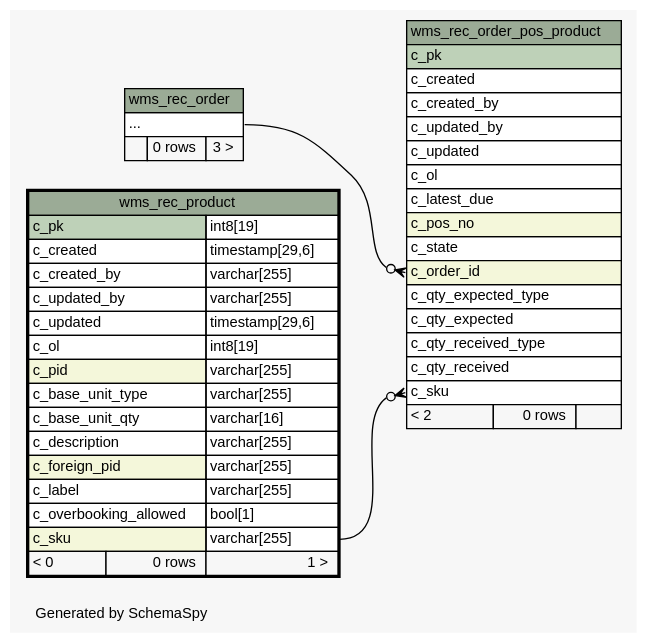
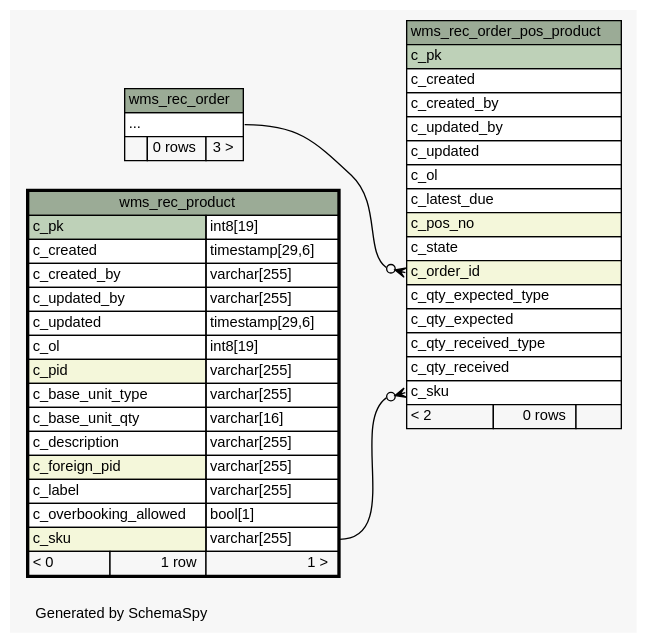
The diagram in 1.0.0-SNAPSHOT/schemaspy/diagrams/wms_rec_product.2degrees.dot (openwms/org.openwms.wms.receiving), drawn with Graphviz before and after one commit. The commit also changed 631 other files, not shown here.

```diff
--- a/1.0.0-SNAPSHOT/schemaspy/diagrams/wms_rec_product.2degrees.dot
+++ b/1.0.0-SNAPSHOT/schemaspy/diagrams/wms_rec_product.2degrees.dot
@@ -1,81 +1,81 @@
-// dot 2.43.0 on Linux 5.15.0-1042-azure
+// dot 7.1.0 on Mac OS X 14.1.1
 // SchemaSpy rev Unknown
 digraph "twoDegreesRelationshipsDiagram" {
   graph [
     rankdir="RL"
     bgcolor="#f7f7f7"
     label="\nGenerated by SchemaSpy"
     labeljust="l"
     nodesep="0.18"
     ranksep="0.46"
     fontname="Helvetica"
     fontsize="11"
   ];
   node [
     fontname="Helvetica"
     fontsize="11"
     shape="plaintext"
   ];
   edge [
     arrowsize="0.8"
   ];
   "wms_rec_order_pos_product":"c_order_id":w -> "wms_rec_order":"elipses":e [arrowhead=none dir=back arrowtail=crowodot];
   "wms_rec_order_pos_product":"c_sku":w -> "wms_rec_product":"c_sku.type":e [arrowhead=none dir=back arrowtail=crowodot];
   "wms_rec_order" [
     label=<
     <TABLE BORDER="0" CELLBORDER="1" CELLSPACING="0" BGCOLOR="#ffffff">
       <TR><TD COLSPAN="3" BGCOLOR="#9bab96" ALIGN="CENTER">wms_rec_order</TD></TR>
       <TR><TD PORT="elipses" COLSPAN="3" ALIGN="LEFT">...</TD></TR>
       <TR><TD ALIGN="LEFT" BGCOLOR="#f7f7f7">  </TD><TD ALIGN="RIGHT" BGCOLOR="#f7f7f7">0 rows</TD><TD ALIGN="RIGHT" BGCOLOR="#f7f7f7">3 &gt;</TD></TR>
     </TABLE>>
     URL="wms_rec_order.html"
     tooltip="wms_rec_order"
   ];
   "wms_rec_order_pos_product" [
     label=<
     <TABLE BORDER="0" CELLBORDER="1" CELLSPACING="0" BGCOLOR="#ffffff">
       <TR><TD COLSPAN="3" BGCOLOR="#9bab96" ALIGN="CENTER">wms_rec_order_pos_product</TD></TR>
       <TR><TD PORT="c_pk" COLSPAN="3" BGCOLOR="#bed1b8" ALIGN="LEFT">c_pk</TD></TR>
       <TR><TD PORT="c_created" COLSPAN="3" ALIGN="LEFT">c_created</TD></TR>
       <TR><TD PORT="c_created_by" COLSPAN="3" ALIGN="LEFT">c_created_by</TD></TR>
       <TR><TD PORT="c_updated_by" COLSPAN="3" ALIGN="LEFT">c_updated_by</TD></TR>
       <TR><TD PORT="c_updated" COLSPAN="3" ALIGN="LEFT">c_updated</TD></TR>
       <TR><TD PORT="c_ol" COLSPAN="3" ALIGN="LEFT">c_ol</TD></TR>
       <TR><TD PORT="c_latest_due" COLSPAN="3" ALIGN="LEFT">c_latest_due</TD></TR>
       <TR><TD PORT="c_pos_no" COLSPAN="3" BGCOLOR="#f4f7da" ALIGN="LEFT">c_pos_no</TD></TR>
       <TR><TD PORT="c_state" COLSPAN="3" ALIGN="LEFT">c_state</TD></TR>
       <TR><TD PORT="c_order_id" COLSPAN="3" BGCOLOR="#f4f7da" ALIGN="LEFT">c_order_id</TD></TR>
       <TR><TD PORT="c_qty_expected_type" COLSPAN="3" ALIGN="LEFT">c_qty_expected_type</TD></TR>
       <TR><TD PORT="c_qty_expected" COLSPAN="3" ALIGN="LEFT">c_qty_expected</TD></TR>
       <TR><TD PORT="c_qty_received_type" COLSPAN="3" ALIGN="LEFT">c_qty_received_type</TD></TR>
       <TR><TD PORT="c_qty_received" COLSPAN="3" ALIGN="LEFT">c_qty_received</TD></TR>
       <TR><TD PORT="c_sku" COLSPAN="3" ALIGN="LEFT">c_sku</TD></TR>
       <TR><TD ALIGN="LEFT" BGCOLOR="#f7f7f7">&lt; 2</TD><TD ALIGN="RIGHT" BGCOLOR="#f7f7f7">0 rows</TD><TD ALIGN="RIGHT" BGCOLOR="#f7f7f7">  </TD></TR>
     </TABLE>>
     URL="wms_rec_order_pos_product.html"
     tooltip="wms_rec_order_pos_product"
   ];
   "wms_rec_product" [
     label=<
     <TABLE BORDER="2" CELLBORDER="1" CELLSPACING="0" BGCOLOR="#ffffff">
       <TR><TD COLSPAN="3" BGCOLOR="#9bab96" ALIGN="CENTER">wms_rec_product</TD></TR>
       <TR><TD PORT="c_pk" COLSPAN="2" BGCOLOR="#bed1b8" ALIGN="LEFT">c_pk</TD><TD PORT="c_pk.type" ALIGN="LEFT">int8[19]</TD></TR>
       <TR><TD PORT="c_created" COLSPAN="2" ALIGN="LEFT">c_created</TD><TD PORT="c_created.type" ALIGN="LEFT">timestamp[29,6]</TD></TR>
       <TR><TD PORT="c_created_by" COLSPAN="2" ALIGN="LEFT">c_created_by</TD><TD PORT="c_created_by.type" ALIGN="LEFT">varchar[255]</TD></TR>
       <TR><TD PORT="c_updated_by" COLSPAN="2" ALIGN="LEFT">c_updated_by</TD><TD PORT="c_updated_by.type" ALIGN="LEFT">varchar[255]</TD></TR>
       <TR><TD PORT="c_updated" COLSPAN="2" ALIGN="LEFT">c_updated</TD><TD PORT="c_updated.type" ALIGN="LEFT">timestamp[29,6]</TD></TR>
       <TR><TD PORT="c_ol" COLSPAN="2" ALIGN="LEFT">c_ol</TD><TD PORT="c_ol.type" ALIGN="LEFT">int8[19]</TD></TR>
       <TR><TD PORT="c_pid" COLSPAN="2" BGCOLOR="#f4f7da" ALIGN="LEFT">c_pid</TD><TD PORT="c_pid.type" ALIGN="LEFT">varchar[255]</TD></TR>
       <TR><TD PORT="c_base_unit_type" COLSPAN="2" ALIGN="LEFT">c_base_unit_type</TD><TD PORT="c_base_unit_type.type" ALIGN="LEFT">varchar[255]</TD></TR>
       <TR><TD PORT="c_base_unit_qty" COLSPAN="2" ALIGN="LEFT">c_base_unit_qty</TD><TD PORT="c_base_unit_qty.type" ALIGN="LEFT">varchar[16]</TD></TR>
       <TR><TD PORT="c_description" COLSPAN="2" ALIGN="LEFT">c_description</TD><TD PORT="c_description.type" ALIGN="LEFT">varchar[255]</TD></TR>
       <TR><TD PORT="c_foreign_pid" COLSPAN="2" BGCOLOR="#f4f7da" ALIGN="LEFT">c_foreign_pid</TD><TD PORT="c_foreign_pid.type" ALIGN="LEFT">varchar[255]</TD></TR>
       <TR><TD PORT="c_label" COLSPAN="2" ALIGN="LEFT">c_label</TD><TD PORT="c_label.type" ALIGN="LEFT">varchar[255]</TD></TR>
       <TR><TD PORT="c_overbooking_allowed" COLSPAN="2" ALIGN="LEFT">c_overbooking_allowed</TD><TD PORT="c_overbooking_allowed.type" ALIGN="LEFT">bool[1]</TD></TR>
       <TR><TD PORT="c_sku" COLSPAN="2" BGCOLOR="#f4f7da" ALIGN="LEFT">c_sku</TD><TD PORT="c_sku.type" ALIGN="LEFT">varchar[255]</TD></TR>
-      <TR><TD ALIGN="LEFT" BGCOLOR="#f7f7f7">&lt; 0</TD><TD ALIGN="RIGHT" BGCOLOR="#f7f7f7">0 rows</TD><TD ALIGN="RIGHT" BGCOLOR="#f7f7f7">1 &gt;</TD></TR>
+      <TR><TD ALIGN="LEFT" BGCOLOR="#f7f7f7">&lt; 0</TD><TD ALIGN="RIGHT" BGCOLOR="#f7f7f7">1 row</TD><TD ALIGN="RIGHT" BGCOLOR="#f7f7f7">1 &gt;</TD></TR>
     </TABLE>>
     URL="wms_rec_product.html"
     tooltip="wms_rec_product"
   ];
 }
```
